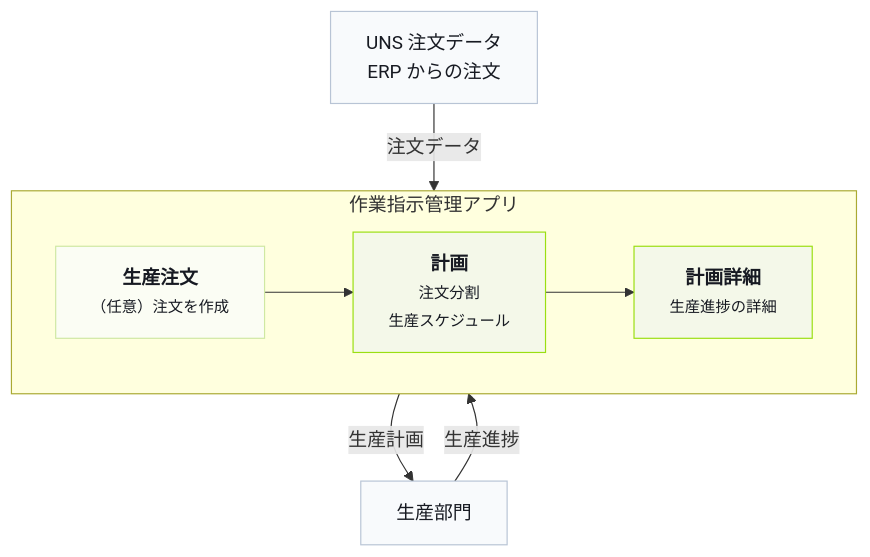
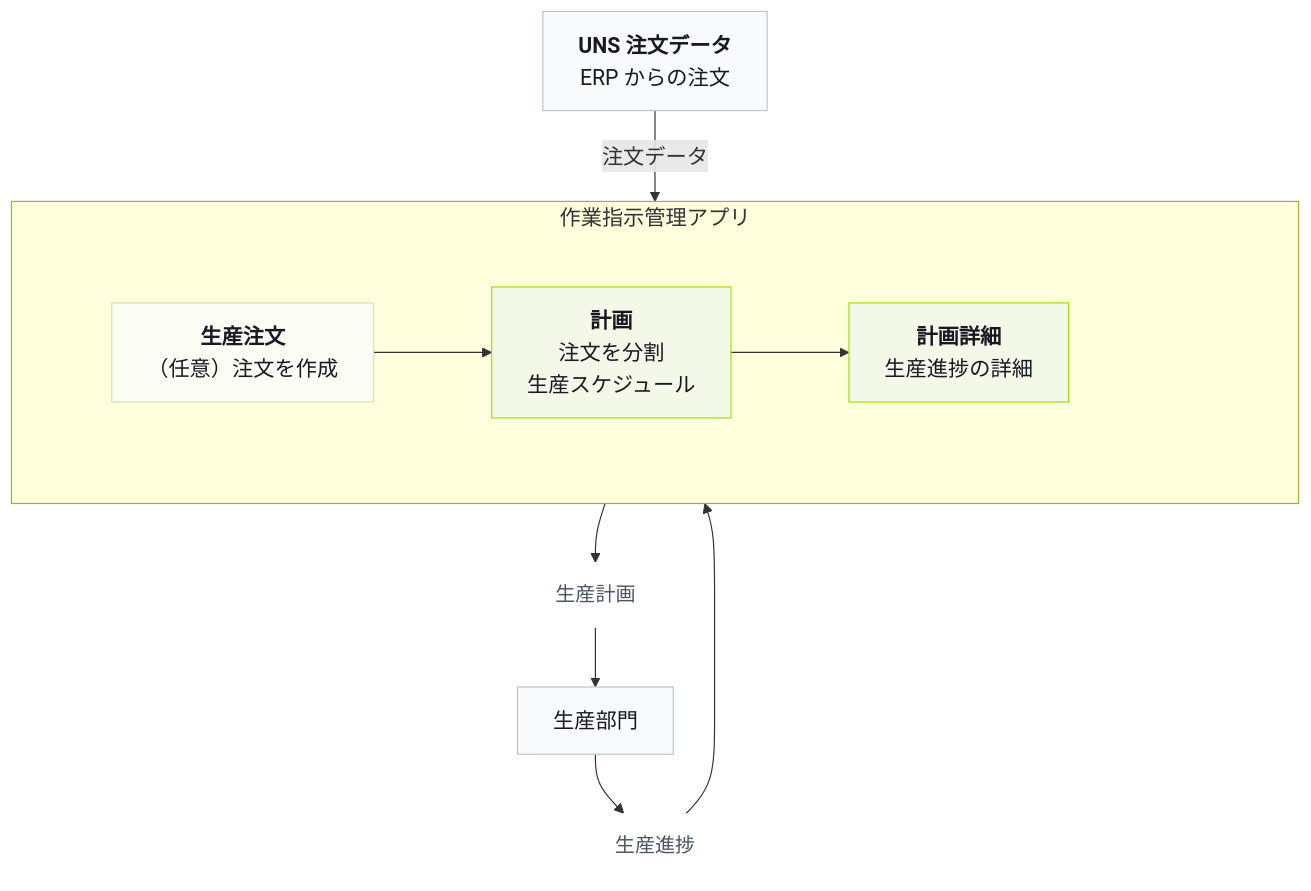
The diagram in src/content/docs/ja/get-started/demo-factory.mdx (FREEZONEX/Tier0-docs-site), drawn with Mermaid before and after one commit. The commit also changed other lines of this file and 93 other files, not shown here.

````diff
--- a/src/content/docs/ja/get-started/demo-factory.mdx
+++ b/src/content/docs/ja/get-started/demo-factory.mdx
@@ -16,25 +20,37 @@
 ```mermaid
+%%{init: {"themeVariables": {"fontSize": "18px"}, "themeCSS": ".nodeLabel, .edgeLabel, .cluster-label { font-size: 18px !important; } .nodeLabel b, .nodeLabel strong { font-size: 19px !important; }"}}%%
 flowchart TB
-  uns["UNS 注文データ<br/>ERP からの注文"]
-  production["生産部門"]
+  uns["<span style='font-size:18px;font-weight:700'>UNS 注文データ</span><br/><span style='font-size:16px'>ERP からの注文</span>"]
+  production["<span style='font-size:18px'>生産部門</span>"]
 
   subgraph app["作業指示管理アプリ"]
-    direction LR
-    orders["<b>生産注文</b><br/><span style='font-size:13px'>（任意）注文を作成</span>"]
-    plans["<b>計画</b><br/><span style='font-size:13px'>注文分割<br/>生産スケジュール</span>"]
-    details["<b>計画詳細</b><br/><span style='font-size:13px'>生産進捗の詳細</span>"]
+    direction TB
+    appSpacer[" "]
+    subgraph appPages[" "]
+      direction LR
+      orders["<span style='font-size:18px;font-weight:700'>生産注文</span><br/><span style='font-size:16px'>（任意）注文を作成</span>"]
+      plans["<span style='font-size:18px;font-weight:700'>計画</span><br/><span style='font-size:16px'>注文を分割<br/>生産スケジュール</span>"]
+      details["<span style='font-size:18px;font-weight:700'>計画詳細</span><br/><span style='font-size:16px;white-space:nowrap'>生産進捗の詳細</span>"]
+    end
   end
 
   uns -- "注文データ" --> orders
   orders --> plans
   plans --> details
-  plans -- "生産計画" --> production
-  production -- "生産進捗" --> details
+  plans --> planLabel["生産計画"]
+  planLabel --> production
+  production --> progressLabel["生産進捗"]
+  progressLabel --> details
 
-  classDef external fill:#f8fafc,stroke:#b8c4d5,color:#171a22,stroke-width:1px
-  classDef optional fill:#fbfdf4,stroke:#cfe8a3,color:#171a22,stroke-width:1px
-  classDef appNode fill:#f4f8e9,stroke:#9adf11,color:#171a22,stroke-width:1px
+  classDef external fill:#f8fafc,stroke:#b8c4d5,color:#171a22,stroke-width:1px,font-size:18px
+  classDef optional fill:#fbfdf4,stroke:#cfe8a3,color:#171a22,stroke-width:1px,font-size:18px
+  classDef appNode fill:#f4f8e9,stroke:#9adf11,color:#171a22,stroke-width:1px,font-size:18px
+  classDef labelNode fill:transparent,stroke:transparent,color:#4b5563,font-size:17px
+  classDef invisible fill:transparent,stroke:transparent,color:transparent
   class uns,production external
   class orders optional
   class plans,details appNode
+  class planLabel,progressLabel labelNode
+  class appSpacer invisible
+  style appPages fill:transparent,stroke:transparent
 ```
````
